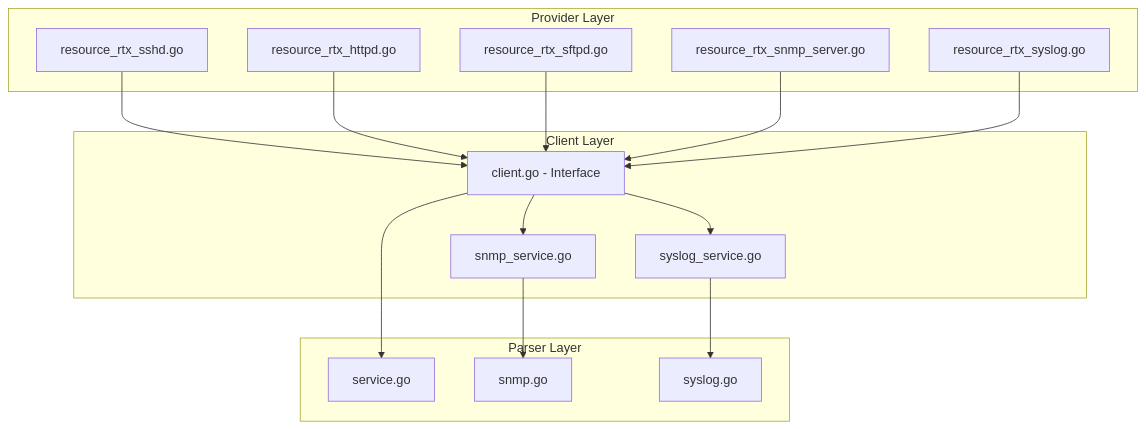
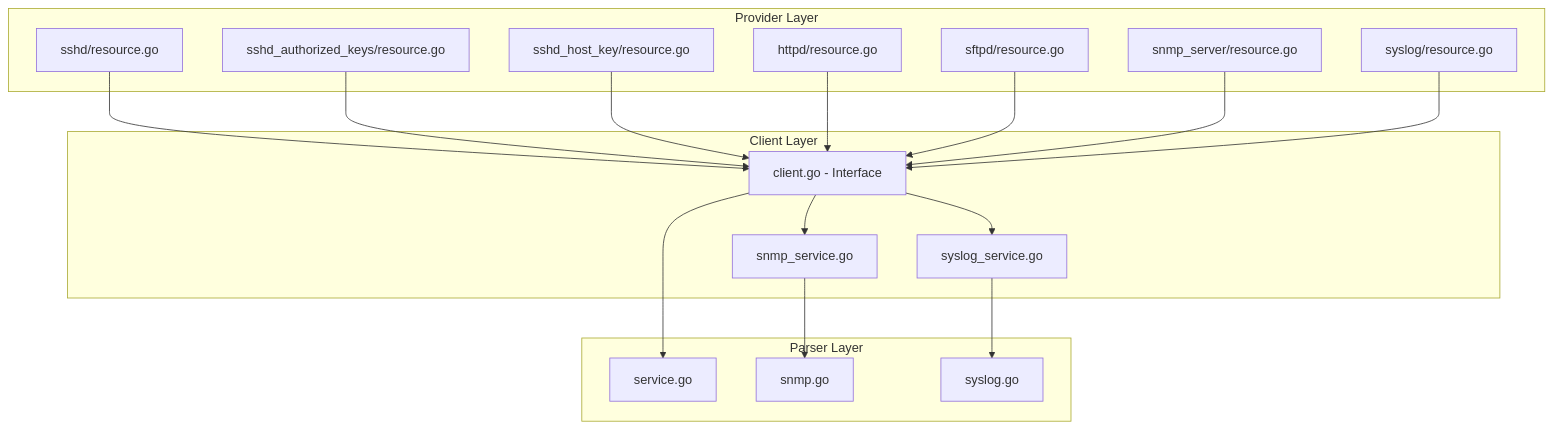
Before and after one commit to shin1ohno/terraform-provider-rtx: the first of 2 diagrams in .spec-workflow/master-specs/management/design.md, drawn with Mermaid. The commit also changed other lines of this file and 29 other files, not shown here.

````diff
--- a/.spec-workflow/master-specs/management/design.md
+++ b/.spec-workflow/master-specs/management/design.md
@@ -37,35 +39,39 @@
 ```mermaid
 graph TD
     subgraph Provider Layer
-        SSHD[resource_rtx_sshd.go]
-        HTTPD[resource_rtx_httpd.go]
-        SFTPD[resource_rtx_sftpd.go]
-        SNMP[resource_rtx_snmp_server.go]
-        SYSLOG[resource_rtx_syslog.go]
+        SSHD[sshd/resource.go]
+        SSHDAuthKeys[sshd_authorized_keys/resource.go]
+        SSHDHostKey[sshd_host_key/resource.go]
+        HTTPD[httpd/resource.go]
+        SFTPD[sftpd/resource.go]
+        SNMP[snmp_server/resource.go]
+        SYSLOG[syslog/resource.go]
     end
 
     subgraph Client Layer
         Client[client.go - Interface]
         SNMPSvc[snmp_service.go]
         SyslogSvc[syslog_service.go]
     end
 
     subgraph Parser Layer
         ServiceParser[service.go]
         SNMPParser[snmp.go]
         SyslogParser[syslog.go]
     end
 
     SSHD --> Client
+    SSHDAuthKeys --> Client
+    SSHDHostKey --> Client
     HTTPD --> Client
     SFTPD --> Client
     SNMP --> Client
     SYSLOG --> Client
 
     Client --> SNMPSvc
     Client --> SyslogSvc
 
     SNMPSvc --> SNMPParser
     SyslogSvc --> SyslogParser
     Client --> ServiceParser
 ```
````
